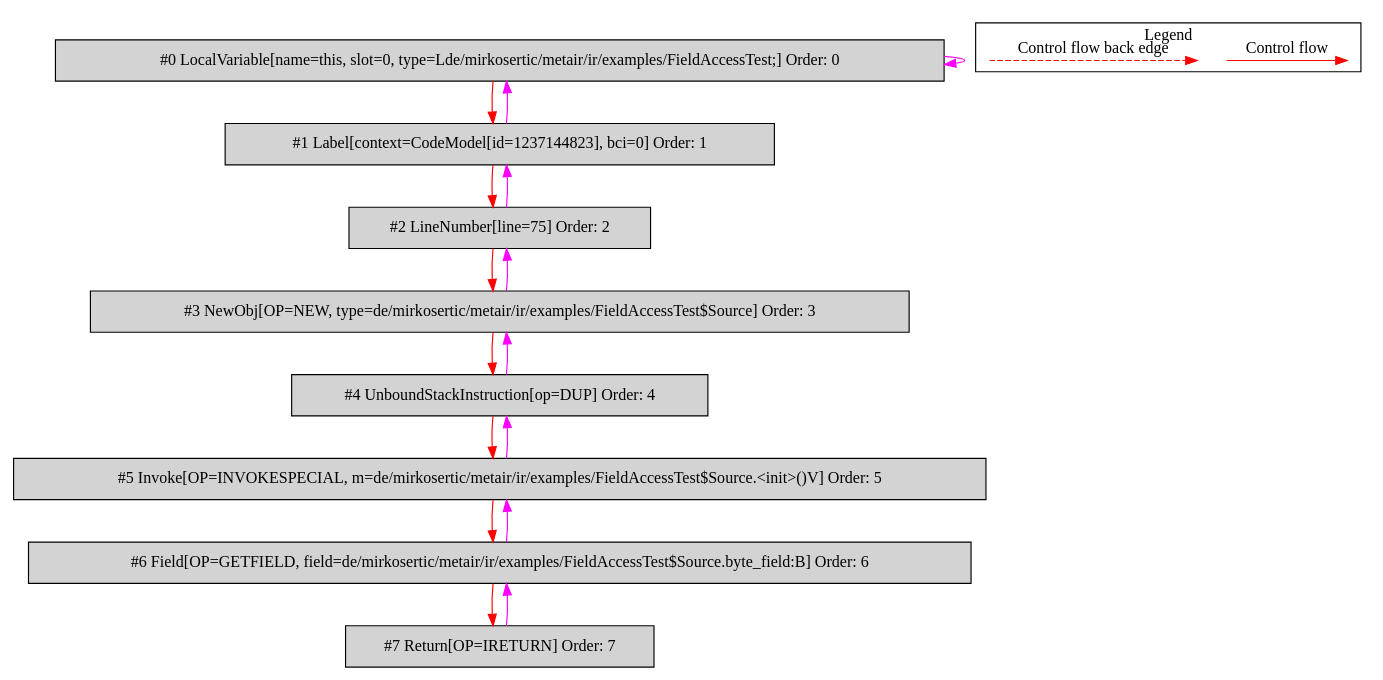
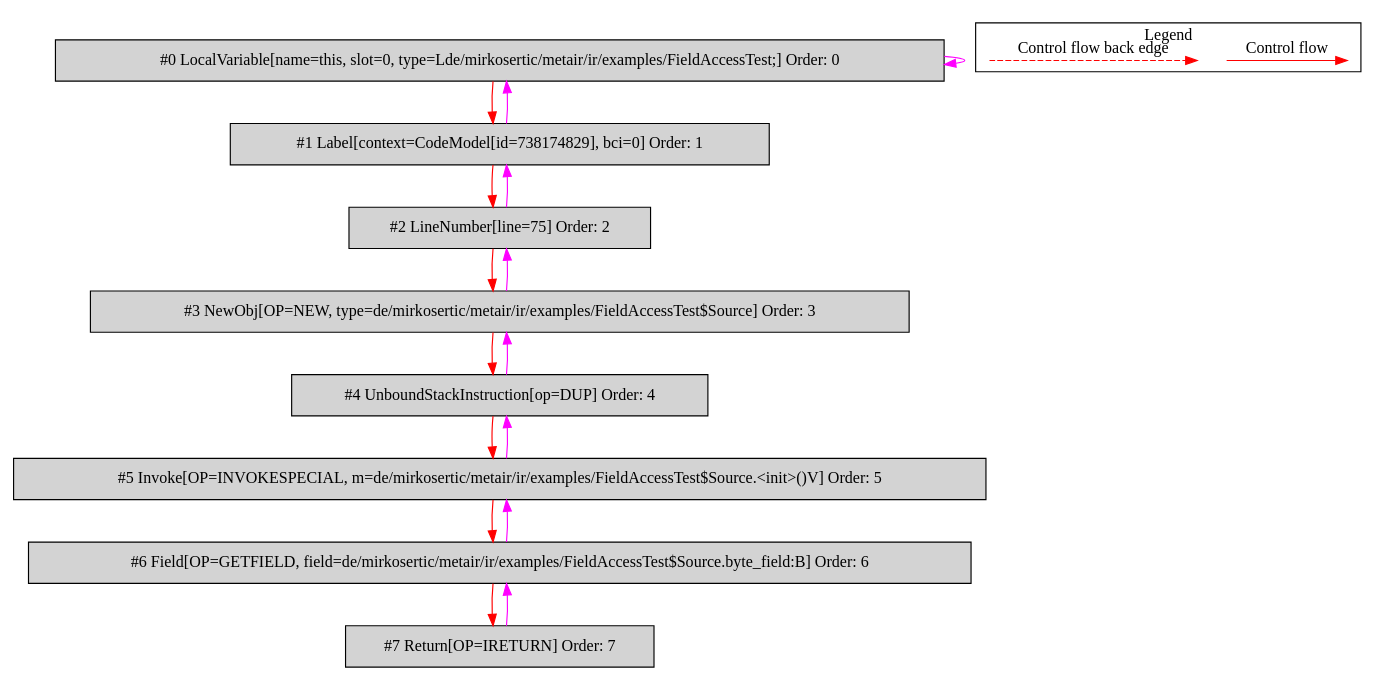
Before and after one commit to mirkosertic/MetaIR: the diagram in de.mirkosertic.metair.ir.examples.FieldAccessTest/return_byte/bytecodecfg.dot, drawn with Graphviz. The commit also changed 510 other files, not shown here.

```diff
--- a/de.mirkosertic.metair.ir.examples.FieldAccessTest/return_byte/bytecodecfg.dot
+++ b/de.mirkosertic.metair.ir.examples.FieldAccessTest/return_byte/bytecodecfg.dot
@@ -1,40 +1,40 @@
 digraph {
  ordering="in";
  node0[label="#0 LocalVariable[name=this, slot=0, type=Lde/mirkosertic/metair/ir/examples/FieldAccessTest;] Order: 0", shape=box, fillcolor=lightgrey, style=filled];
- node1[label="#1 Label[context=CodeModel[id=1237144823], bci=0] Order: 1", shape=box, fillcolor=lightgrey, style=filled];
+ node1[label="#1 Label[context=CodeModel[id=738174829], bci=0] Order: 1", shape=box, fillcolor=lightgrey, style=filled];
  node2[label="#2 LineNumber[line=75] Order: 2", shape=box, fillcolor=lightgrey, style=filled];
  node3[label="#3 NewObj[OP=NEW, type=de/mirkosertic/metair/ir/examples/FieldAccessTest$Source] Order: 3", shape=box, fillcolor=lightgrey, style=filled];
  node4[label="#4 UnboundStackInstruction[op=DUP] Order: 4", shape=box, fillcolor=lightgrey, style=filled];
  node5[label="#5 Invoke[OP=INVOKESPECIAL, m=de/mirkosertic/metair/ir/examples/FieldAccessTest$Source.<init>()V] Order: 5", shape=box, fillcolor=lightgrey, style=filled];
  node6[label="#6 Field[OP=GETFIELD, field=de/mirkosertic/metair/ir/examples/FieldAccessTest$Source.byte_field:B] Order: 6", shape=box, fillcolor=lightgrey, style=filled];
  node7[label="#7 Return[OP=IRETURN] Order: 7", shape=box, fillcolor=lightgrey, style=filled];
  node0 -> node0[color=fuchsia];
  node0 -> node1[color=red];
  node1 -> node0[color=fuchsia];
  node1 -> node2[color=red];
  node2 -> node1[color=fuchsia];
  node2 -> node3[color=red];
  node3 -> node2[color=fuchsia];
  node3 -> node4[color=red];
  node4 -> node3[color=fuchsia];
  node4 -> node5[color=red];
  node5 -> node4[color=fuchsia];
  node5 -> node6[color=red];
  node6 -> node5[color=fuchsia];
  node6 -> node7[color=red];
  node7 -> node6[color=fuchsia];
  subgraph cluster_000 {
   label = "Legend";
   node [shape=point]
   {
    rank=same;
    c0 [style = invis];
    c1 [style = invis];
    c2 [style = invis];
    c3 [style = invis];
   }
   c0 -> c1 [label="Control flow", style=solid, color=red]
   c2 -> c3 [label="Control flow back edge", style=dashed, color=red]
  }
 
 }
```
